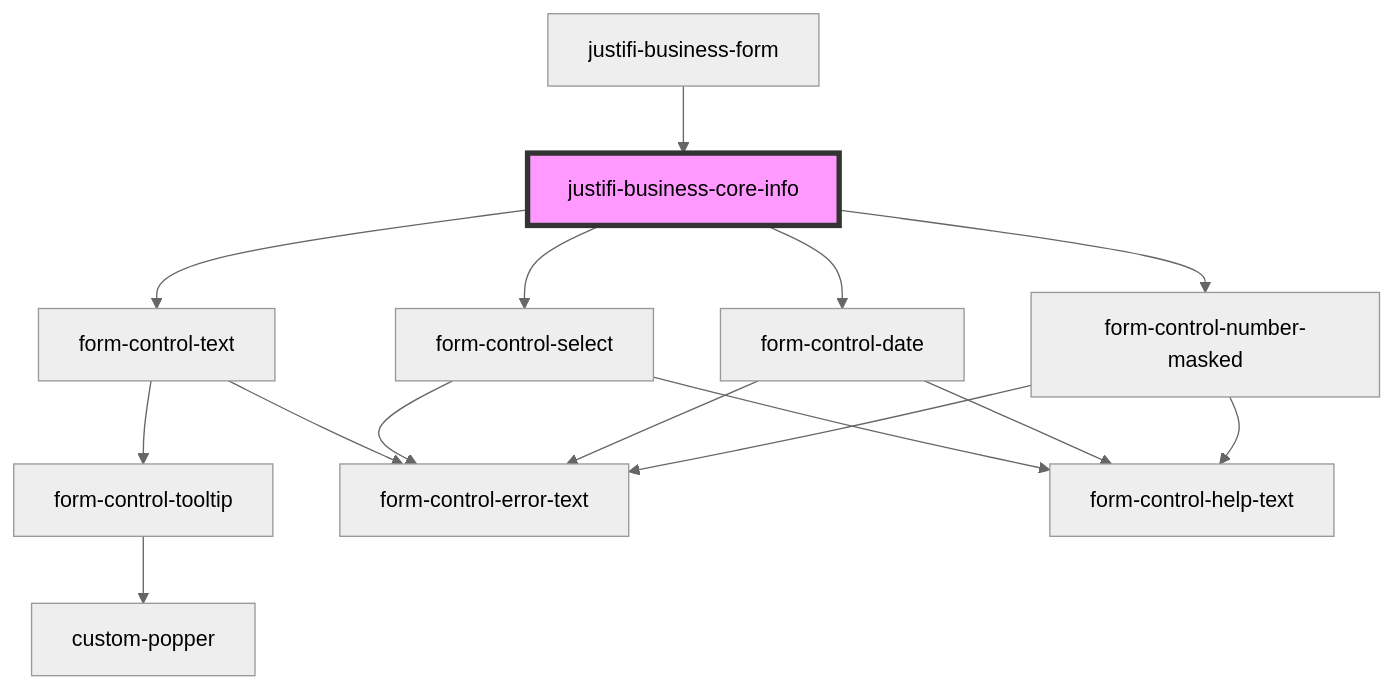
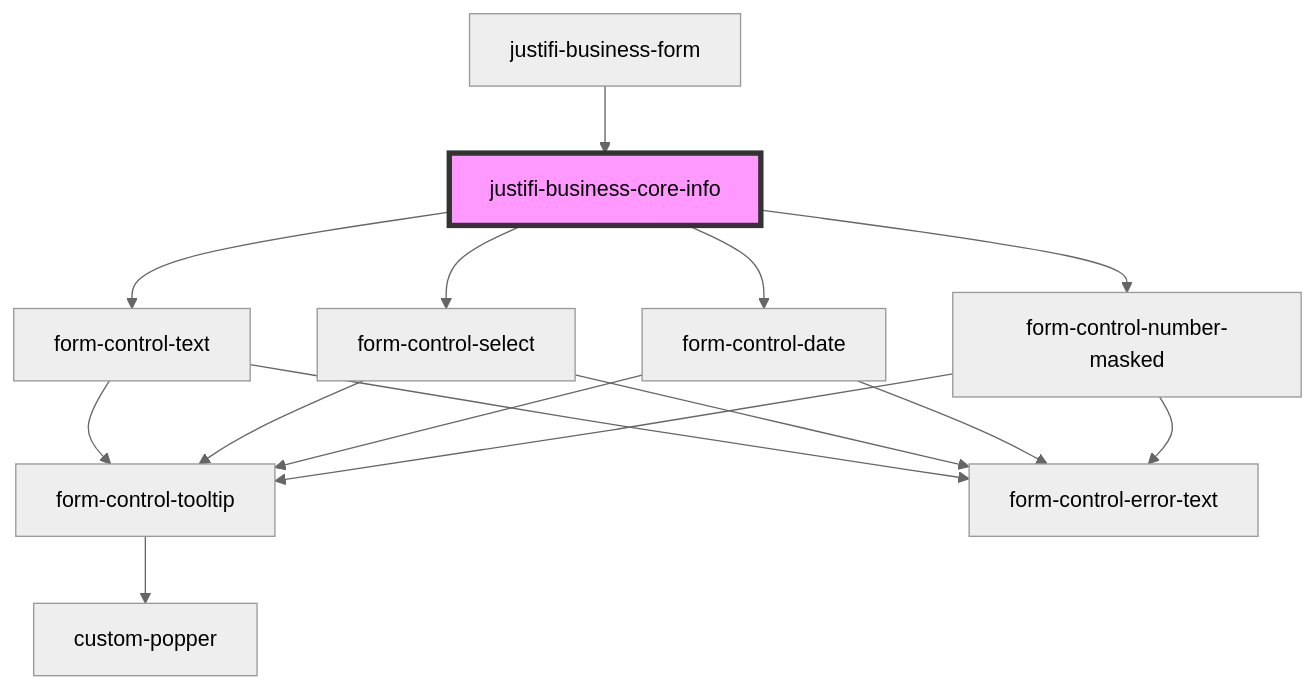
One commit to justifi-tech/web-component-library changed the diagram in packages/webcomponents/src/components/business-forms/business-form/business-core-info/readme.md. Above: the diagram before and after it, drawn with Mermaid (neutral theme). The commit also changed 15 other files, not shown here.

Commit message:
Remove semi-colon from tooltip text, update readme files

````diff
--- a/packages/webcomponents/src/components/business-forms/business-form/business-core-info/readme.md
+++ b/packages/webcomponents/src/components/business-forms/business-form/business-core-info/readme.md
@@ -35,18 +35,18 @@
 ```mermaid
 graph TD;
   justifi-business-core-info --> form-control-text
   justifi-business-core-info --> form-control-select
   justifi-business-core-info --> form-control-date
   justifi-business-core-info --> form-control-number-masked
   form-control-text --> form-control-tooltip
   form-control-text --> form-control-error-text
   form-control-tooltip --> custom-popper
-  form-control-select --> form-control-help-text
+  form-control-select --> form-control-tooltip
   form-control-select --> form-control-error-text
-  form-control-date --> form-control-help-text
+  form-control-date --> form-control-tooltip
   form-control-date --> form-control-error-text
-  form-control-number-masked --> form-control-help-text
+  form-control-number-masked --> form-control-tooltip
   form-control-number-masked --> form-control-error-text
   justifi-business-form --> justifi-business-core-info
   style justifi-business-core-info fill:#f9f,stroke:#333,stroke-width:4px
 ```
````
